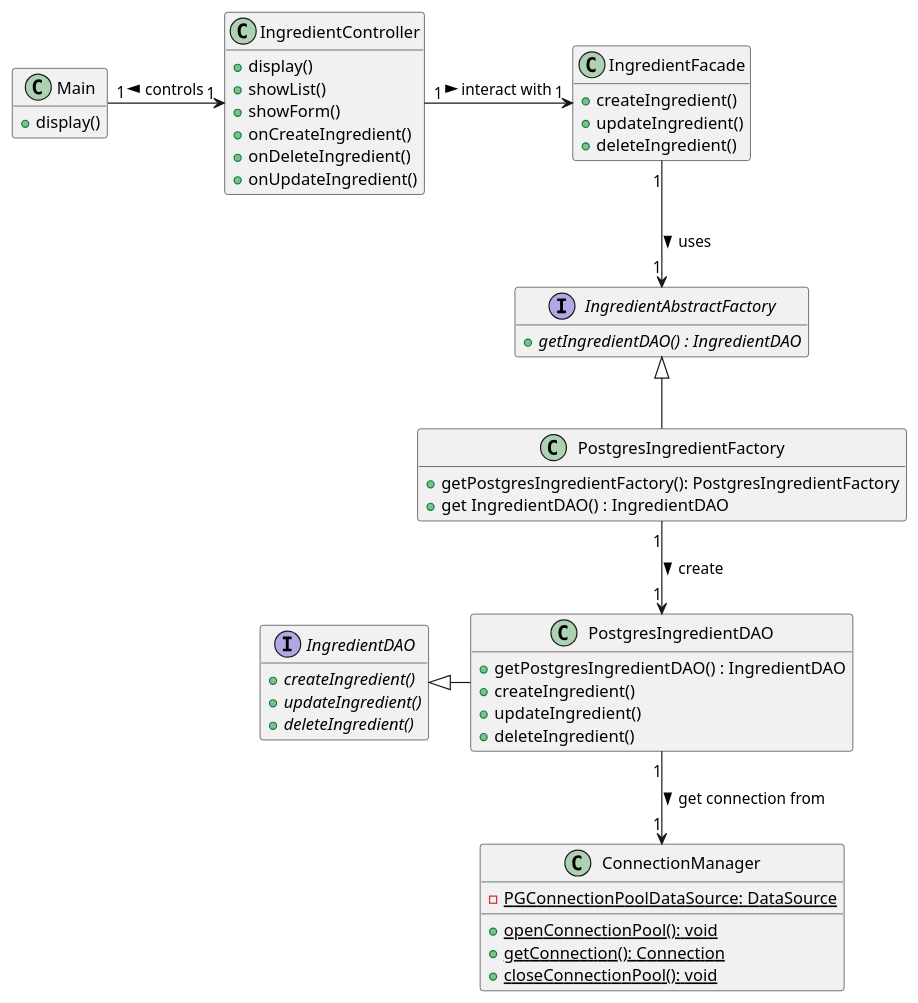
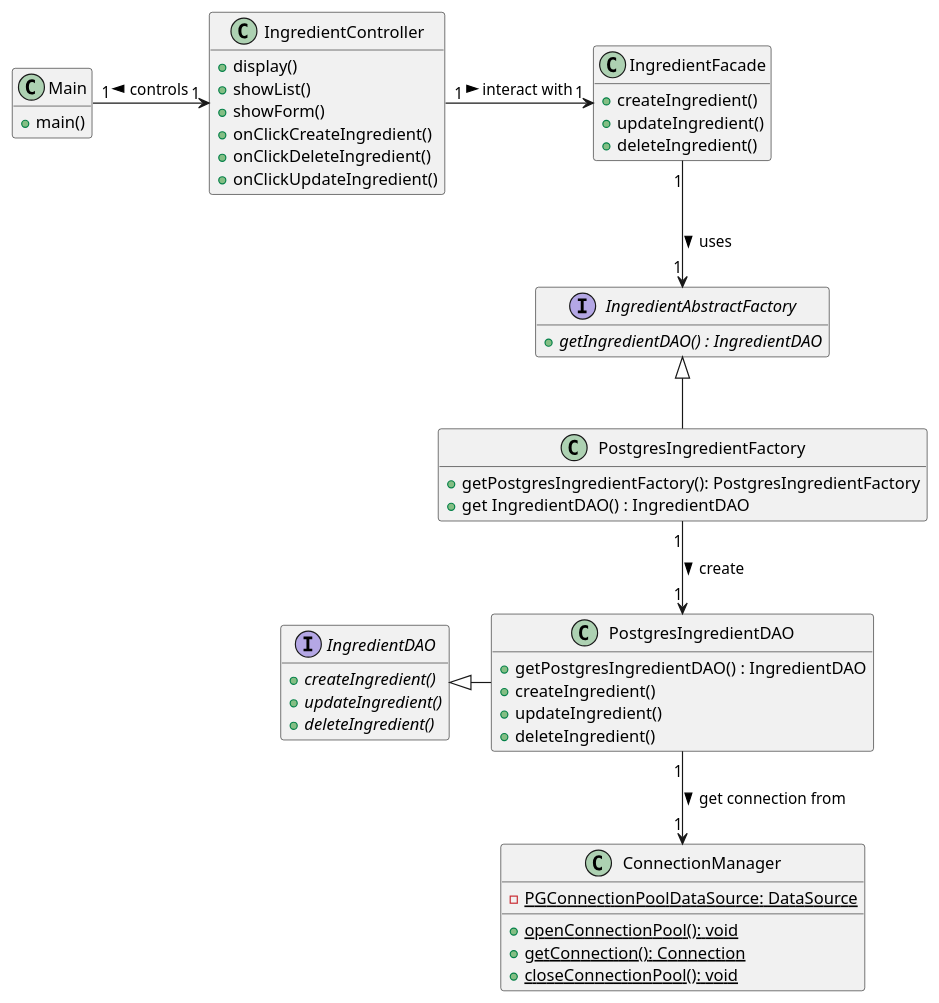
One commit to iusildra/WineCellar changed the diagram in doc/reports/prototype/plantuml/IngredientManagement/ingredientClassDiagram.plantuml. Above: the diagram before and after it, drawn with PlantUML. The commit also changed 1 other file, not shown here.

```diff
--- a/doc/reports/prototype/plantuml/IngredientManagement/ingredientClassDiagram.plantuml
+++ b/doc/reports/prototype/plantuml/IngredientManagement/ingredientClassDiagram.plantuml
@@ -1,83 +1,83 @@
 @startuml IngredientClassDiagram
 hide empty members
 
 class Main {
-  + display()
+  + main()
 }
 
 class IngredientController {
   + display()
   + showList()
   + showForm()
-  + onCreateIngredient()
-  + onDeleteIngredient()
-  + onUpdateIngredient()
+  + onClickCreateIngredient()
+  + onClickDeleteIngredient()
+  + onClickUpdateIngredient()
 }
 
 
 class IngredientFacade {
   + createIngredient()
   + updateIngredient()
   + deleteIngredient()
 }
 
 
 interface IngredientAbstractFactory {
   + {abstract} getIngredientDAO() : IngredientDAO
 
 }
 
 
 class PostgresIngredientFactory {
   + getPostgresIngredientFactory(): PostgresIngredientFactory
   + get IngredientDAO() : IngredientDAO
 }
 
 
 Interface IngredientDAO {
   + {abstract} createIngredient()
   + {abstract} updateIngredient()
   + {abstract} deleteIngredient()
 }
 
 
 class PostgresIngredientDAO{
   + getPostgresIngredientDAO() : IngredientDAO
   + createIngredient()
   + updateIngredient()
   + deleteIngredient()
 }
 
 
 class ConnectionManager {
   ' it is private and should be accessed by any other classes except with the available methods
   - {static} PGConnectionPoolDataSource: DataSource
   + {static} openConnectionPool(): void
   + {static} getConnection(): Connection
   + {static} closeConnectionPool(): void
 }
 
 
 ' not an object, so not sure it's needed
 ' database "Postgres\nDatabase" as Postgres {
 
 ' }
 
 PostgresIngredientFactory -u-|> IngredientAbstractFactory
 PostgresIngredientDAO     -l-|> IngredientDAO
 
 Main            "1" -r-> "1" IngredientController: <  controls
 IngredientController      "1" -r-> "1" IngredientFacade: > interact with
 IngredientFacade          "1" --> "1" IngredientAbstractFactory: > uses
 PostgresIngredientFactory "1" --> "1" PostgresIngredientDAO: > create
 PostgresIngredientDAO     "1" --> "1" ConnectionManager:> get connection from
 ' ConnectionManager         --> Postgres
 
 ' an interface cannot have association starting from it (it can't have attributes unless they are static)
 ' the factory generate a concrete object, so we need to link it to the concrete class instead of the interface. But we still need it as a contract
 ' not useful to store the DAO in facade, we can fetch it anytime we need it (pure composition/delegation)
 ' the UI needs methods to deal with actions (validate creation...) that will call the controller to do the specific tasks
 
 
 
 @enduml
```
